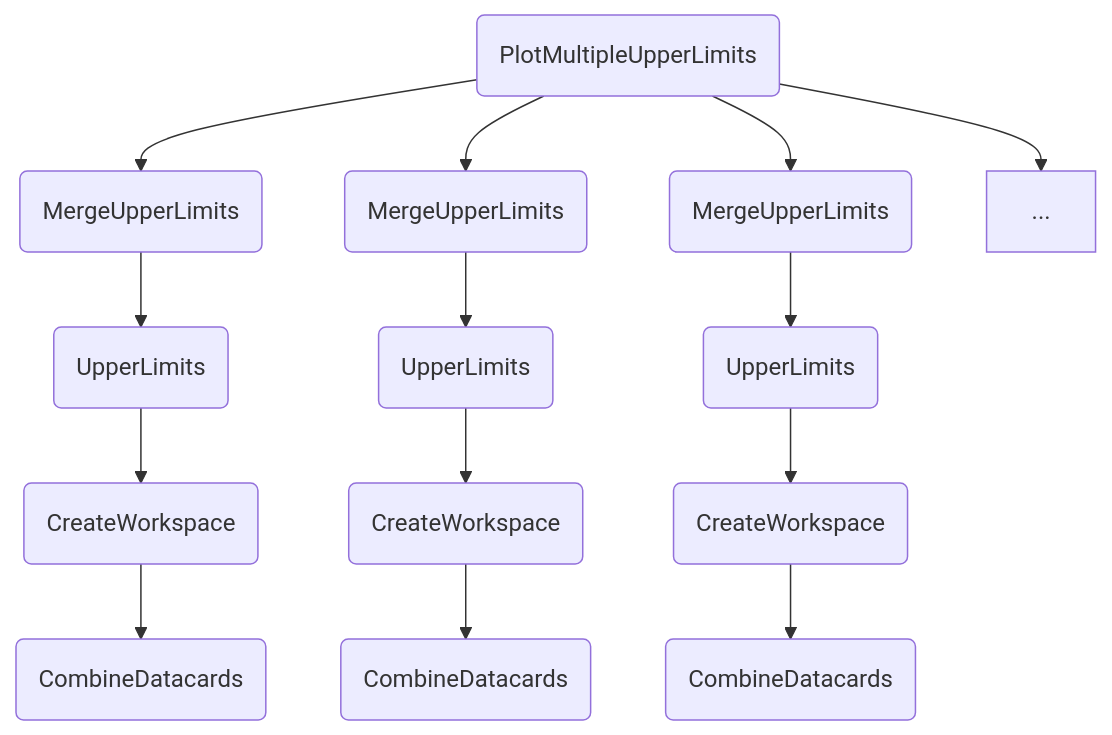
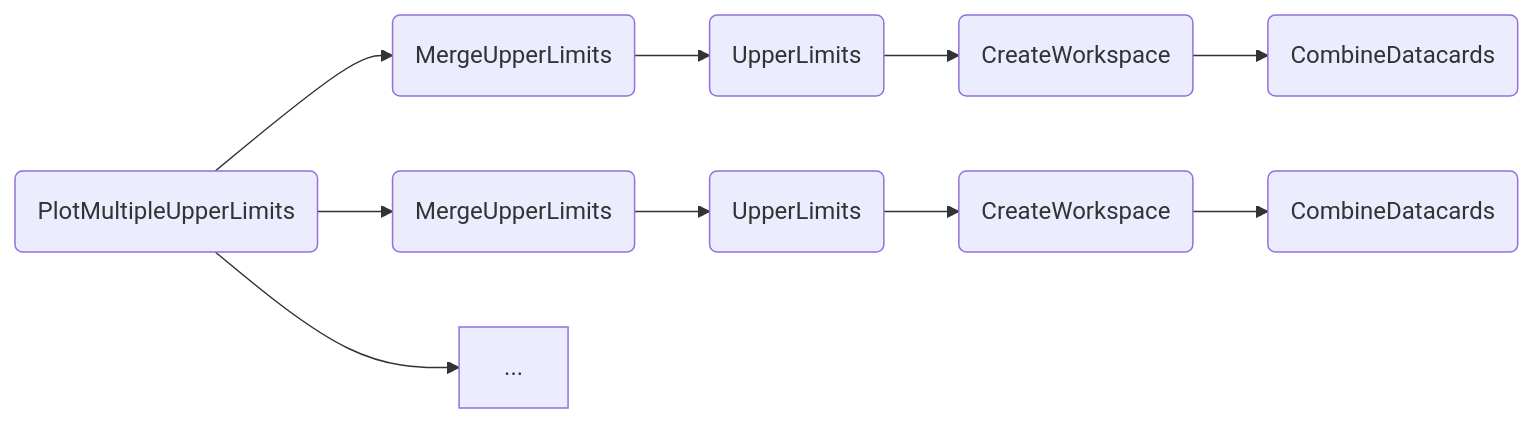
The second of 3 diagrams in docs/content/tasks/limits.md (cms-hh/inference_tools), drawn with Mermaid before and after one commit. The commit also changed other lines of this file and 14 other files, not shown here.

````diff
--- a/docs/content/tasks/limits.md
+++ b/docs/content/tasks/limits.md
@@ -87,16 +125,12 @@
-    ```mermaid
-    graph TD;
-        A(PlotMultipleUpperLimits) --> B1(MergeUpperLimits);
-        A(PlotMultipleUpperLimits) --> B2(MergeUpperLimits);
-        A(PlotMultipleUpperLimits) --> B3(MergeUpperLimits);
-        A(PlotMultipleUpperLimits) --> ...;
-        B1 --> C1(UpperLimits);
-        B2 --> C2(UpperLimits);
-        B3 --> C3(UpperLimits);
-        C1 --> D1(CreateWorkspace);
-        C2 --> D2(CreateWorkspace);
-        C3 --> D3(CreateWorkspace);
-        D1 --> E1(CombineDatacards);
-        D2 --> E2(CombineDatacards);
-        D3 --> E3(CombineDatacards);
-    ```
+```mermaid
+graph LR;
+    A(PlotMultipleUpperLimits) --> B1(MergeUpperLimits);
+    A(PlotMultipleUpperLimits) --> B2(MergeUpperLimits);
+    A(PlotMultipleUpperLimits) --> ...;
+    B1 --> C1(UpperLimits);
+    B2 --> C2(UpperLimits);
+    C1 --> D1(CreateWorkspace);
+    C2 --> D2(CreateWorkspace);
+    D1 --> E1(CombineDatacards);
+    D2 --> E2(CombineDatacards);
+```
````
